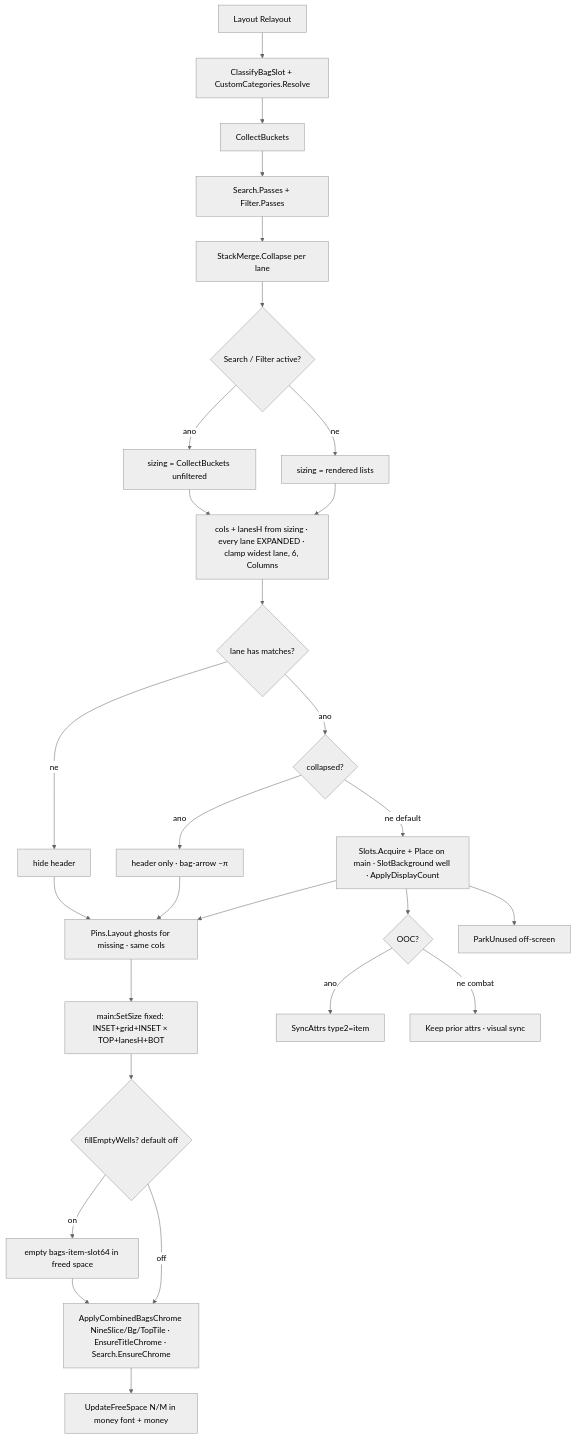
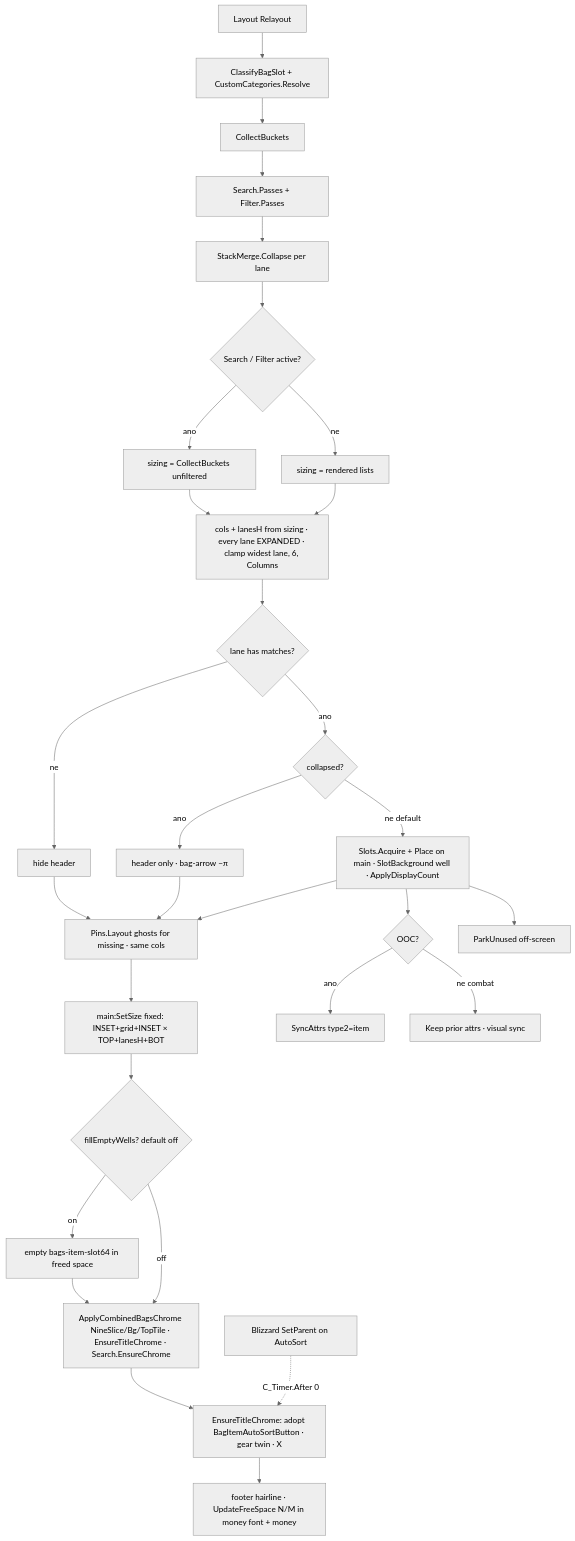
One commit to sirTurbisCZ/wow-forever-addons changed the second of 5 diagrams in addons/BetterBackpack/Docs/loops.md. Above: the diagram before and after it, drawn with Mermaid (neutral theme). The commit also changed other lines of this file and 5 other files, not shown here.

First line of the commit message:
BetterBackpack 0.5.10: real BagItemAutoSortButton broom, footer hairline

````diff
--- a/addons/BetterBackpack/Docs/loops.md
+++ b/addons/BetterBackpack/Docs/loops.md
@@ -55,31 +55,33 @@
 ```mermaid
 flowchart TD
   L[Layout Relayout]
   L --> Class[ClassifyBagSlot + CustomCategories.Resolve]
   Class --> Buckets[CollectBuckets]
   Buckets --> SF[Search.Passes + Filter.Passes]
   SF --> Merge[StackMerge.Collapse per lane]
   Merge --> Filt{Search / Filter active?}
   Filt -->|ano| Full[sizing = CollectBuckets unfiltered]
   Filt -->|ne| Same[sizing = rendered lists]
   Full --> Hug[cols + lanesH from sizing · every lane EXPANDED · clamp widest lane, 6, Columns]
   Same --> Hug
   Hug --> Col{lane has matches?}
   Col -->|ne| HideH[hide header]
   Col -->|ano| Coll{collapsed?}
   Coll -->|ano| Hdr[header only · bag-arrow −π]
   Coll -->|ne default| Place[Slots.Acquire + Place on main · SlotBackground well · ApplyDisplayCount]
   Hdr --> Pins
   HideH --> Pins
   Place --> Pins[Pins.Layout ghosts for missing · same cols]
   Pins --> Size[main:SetSize fixed: INSET+grid+INSET × TOP+lanesH+BOT]
   Size --> Wells{fillEmptyWells? default off}
   Wells -->|on| WellsOn[empty bags-item-slot64 in freed space]
   WellsOn --> Chrome
   Wells -->|off| Chrome[ApplyCombinedBagsChrome NineSlice/Bg/TopTile · EnsureTitleChrome · Search.EnsureChrome]
-  Chrome --> Foot[UpdateFreeSpace N/M in money font + money]
+  Chrome --> Sort[EnsureTitleChrome: adopt BagItemAutoSortButton · gear twin · X]
+  Sort --> Foot[footer hairline · UpdateFreeSpace N/M in money font + money]
+  Steal[Blizzard SetParent on AutoSort] -.->|C_Timer.After 0| Sort
   Place --> Attrs{OOC?}
   Attrs -->|ano| Sync[SyncAttrs type2=item]
   Attrs -->|ne combat| Keep[Keep prior attrs · visual sync]
   Place --> Unused[ParkUnused off-screen]
 ```
````
